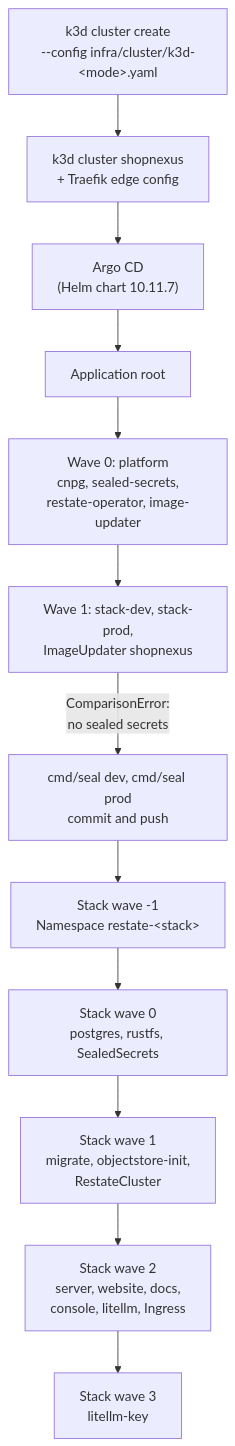
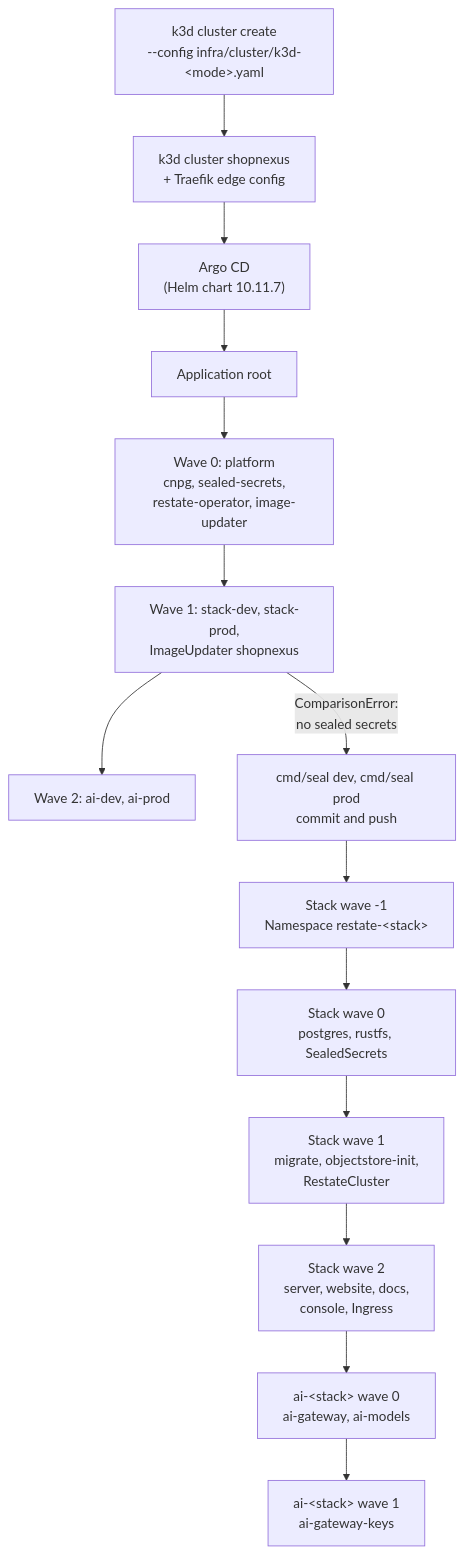
The diagram in web/src/content/docs/en/operations/cluster/bootstrap.mdx (shopnexus/docs), drawn with Mermaid before and after one commit. The commit also changed other lines of this file and 17 other files, not shown here.

````diff
--- a/web/src/content/docs/en/operations/cluster/bootstrap.mdx
+++ b/web/src/content/docs/en/operations/cluster/bootstrap.mdx
@@ -29,14 +29,16 @@
 ```mermaid title="What runs after k3d cluster create"
 flowchart TD
   up["k3d cluster create<br/>--config infra/cluster/k3d-#lt;mode#gt;.yaml"] --> k3d["k3d cluster shopnexus<br/>+ Traefik edge config"]
   k3d --> argo["Argo CD<br/>(Helm chart 10.11.7)"]
   argo --> root["Application root"]
   root --> w0["Wave 0: platform<br/>cnpg, sealed-secrets,<br/>restate-operator, image-updater"]
   w0 --> w1["Wave 1: stack-dev, stack-prod,<br/>ImageUpdater shopnexus"]
+  w1 --> w2["Wave 2: ai-dev, ai-prod"]
   w1 -->|"ComparisonError:<br/>no sealed secrets"| seal["cmd/seal dev, cmd/seal prod<br/>commit and push"]
   seal --> sm1["Stack wave -1<br/>Namespace restate-#lt;stack#gt;"]
   sm1 --> s0["Stack wave 0<br/>postgres, rustfs, SealedSecrets"]
   s0 --> s1["Stack wave 1<br/>migrate, objectstore-init,<br/>RestateCluster"]
-  s1 --> s2["Stack wave 2<br/>server, website, docs,<br/>console, litellm, Ingress"]
-  s2 --> s3["Stack wave 3<br/>litellm-key"]
+  s1 --> s2["Stack wave 2<br/>server, website, docs,<br/>console, Ingress"]
+  s2 --> a0["ai-#lt;stack#gt; wave 0<br/>ai-gateway, ai-models"]
+  a0 --> a1["ai-#lt;stack#gt; wave 1<br/>ai-gateway-keys"]
 ```
````
